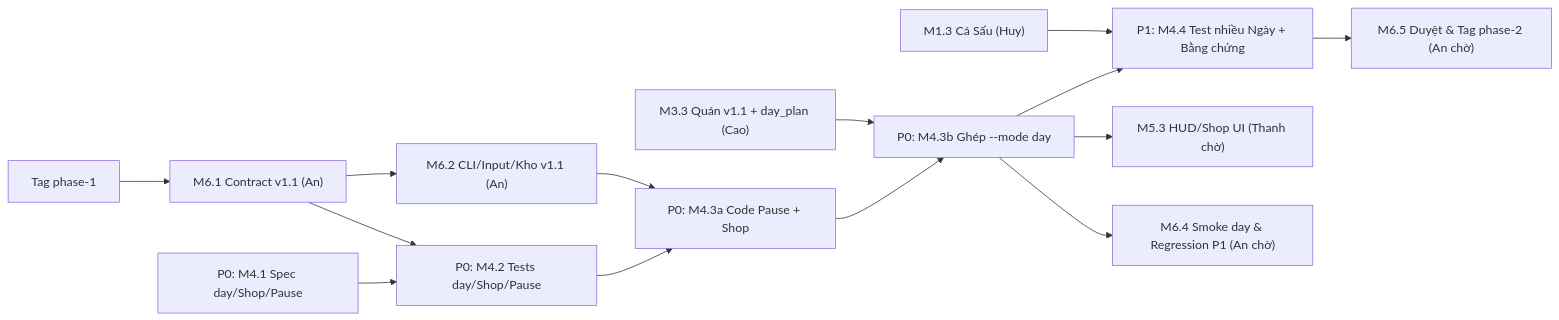
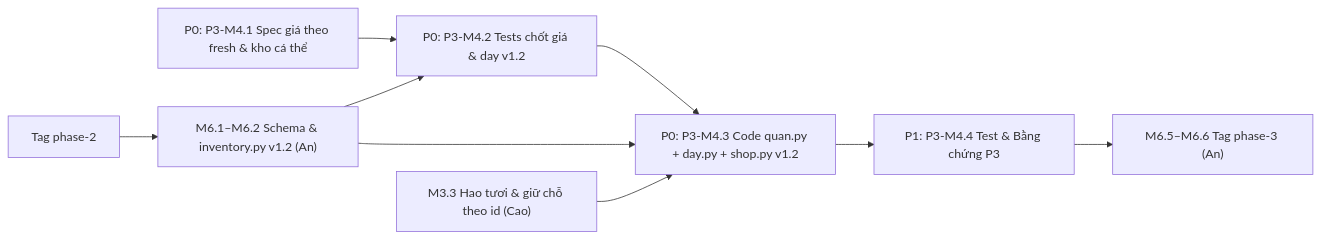
The second of 3 diagrams in docs/plan/task-Minh.md (VinUni-AI20k/K5-L3B-LAB-Day12-AI-SDLC), drawn with Mermaid before and after one commit. The commit also changed other lines of this file and 6 other files, not shown here.

Commit message:
P2-M4.4: hoàn thiện kiểm kho day, test CLI v1.1 và bằng chứng Phase 2

````diff
--- a/docs/plan/task-Minh.md
+++ b/docs/plan/task-Minh.md
@@ -149,16 +74,10 @@
 ```mermaid
 flowchart LR
-    TAG["Tag phase-1"] --> M61["M6.1 Contract v1.1 (An)"]
-    M61 --> M62["M6.2 CLI/Input/Kho v1.1 (An)"]
-    M41["P0: M4.1 Spec day/Shop/Pause"] --> M42["P0: M4.2 Tests day/Shop/Pause"]
-    M61 --> M42
-    M42 --> M43a["P0: M4.3a Code Pause + Shop"]
-    M62 --> M43a
-    M43a --> M43b["P0: M4.3b Ghép --mode day"]
-    M33["M3.3 Quán v1.1 + day_plan (Cao)"] --> M43b
-    M43b --> M44["P1: M4.4 Test nhiều Ngày + Bằng chứng"]
-    M13["M1.3 Cá Sấu (Huy)"] --> M44
-    M43b --> M53["M5.3 HUD/Shop UI (Thanh chờ)"]
-    M43b --> M64["M6.4 Smoke day & Regression P1 (An chờ)"]
-    M44 --> M65["M6.5 Duyệt & Tag phase-2 (An chờ)"]
+    T2["Tag phase-2"] --> M61["M6.1–M6.2 Schema & inventory.py v1.2 (An)"]
+    P31["P0: P3-M4.1 Spec giá theo fresh & kho cá thể"] --> P32["P0: P3-M4.2 Tests chốt giá & day v1.2"]
+    M61 --> P32
+    P32 --> P33["P0: P3-M4.3 Code quan.py + day.py + shop.py v1.2"]
+    M61 --> P33
+    M33["M3.3 Hao tươi & giữ chỗ theo id (Cao)"] --> P33
+    P33 --> P34["P1: P3-M4.4 Test & Bằng chứng P3"] --> M65["M6.5–M6.6 Tag phase-3 (An)"]
 ```
````
